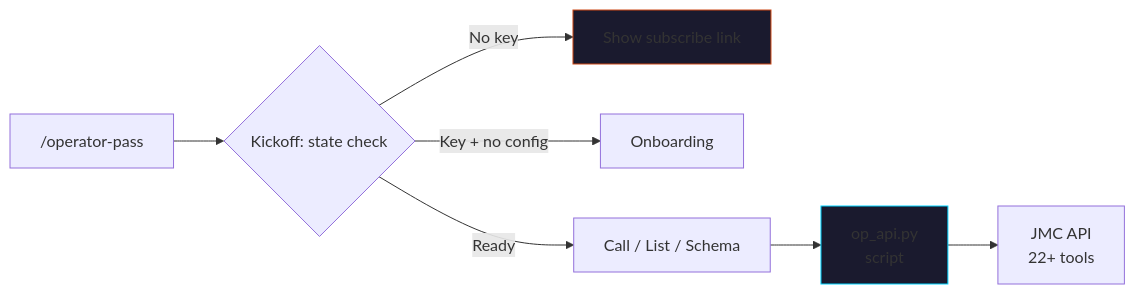
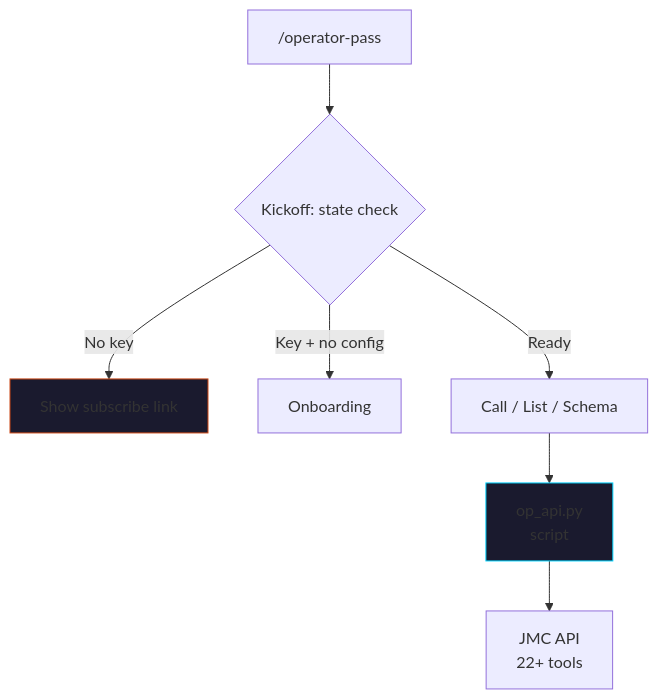
The diagram in README.md (cmj-hub/claude-operator-pass), drawn with Mermaid before and after one commit.

Commit message:
fix(readme): mermaid graph LR → TB for legible node labels on GitHub

````diff
--- a/README.md
+++ b/README.md
@@ -30,12 +30,12 @@
 ```mermaid
-graph LR
+graph TB
     A["/operator-pass"] --> B{Kickoff: state check}
     B -->|No key| C[Show subscribe link]
     B -->|Key + no config| D[Onboarding]
     B -->|Ready| E[Call / List / Schema]
     E --> F[op_api.py<br/>script]
     F --> G[JMC API<br/>22+ tools]
 
     style C fill:#1a1a2e,stroke:#cc4714
     style F fill:#1a1a2e,stroke:#00d4ff
 ```
````
